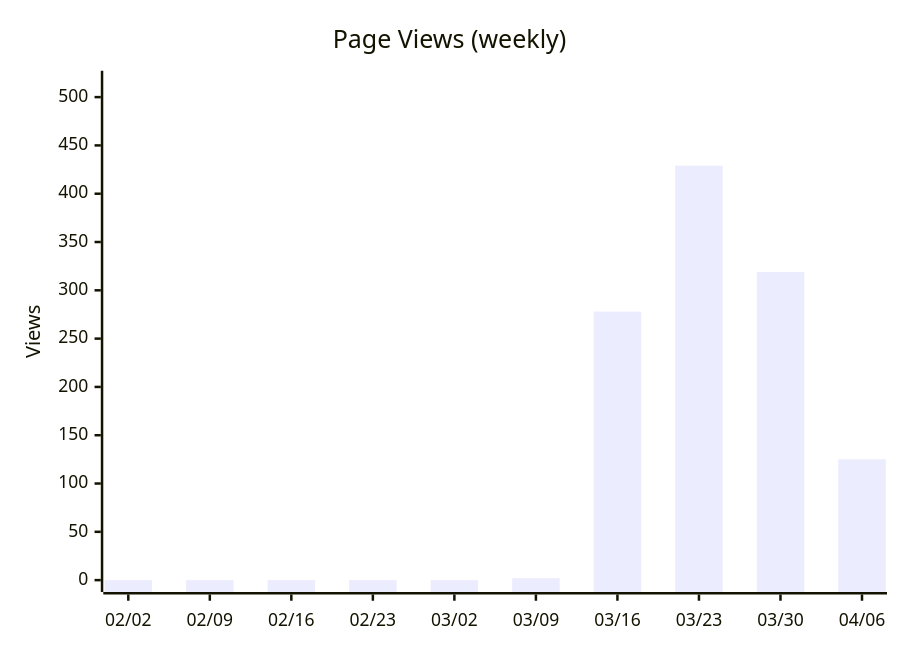
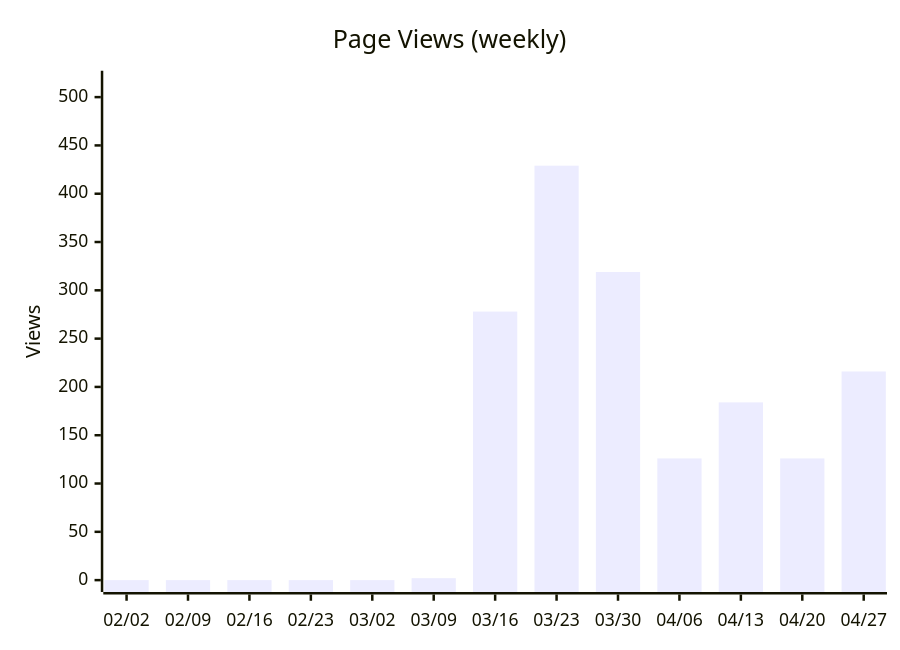
Before and after one commit to nablarch/nabledge-dev: diagram 12 of 14 in docs/metrics.md, drawn with Mermaid. The commit also changed other lines of this file and 2 other files, not shown here.

````diff
--- a/docs/metrics.md
+++ b/docs/metrics.md
@@ -155,7 +161,7 @@
 ```mermaid
 xychart-beta
   title "Page Views (weekly)"
-  x-axis ["02/02", "02/09", "02/16", "02/23", "03/02", "03/09", "03/16", "03/23", "03/30", "04/06"]
+  x-axis ["02/02", "02/09", "02/16", "02/23", "03/02", "03/09", "03/16", "03/23", "03/30", "04/06", "04/13", "04/20", "04/27"]
   y-axis "Views" 0 --> 515
-  bar [0, 0, 0, 0, 0, 2, 278, 429, 319, 125]
+  bar [0, 0, 0, 0, 0, 2, 278, 429, 319, 126, 184, 126, 216]
 ```
````
